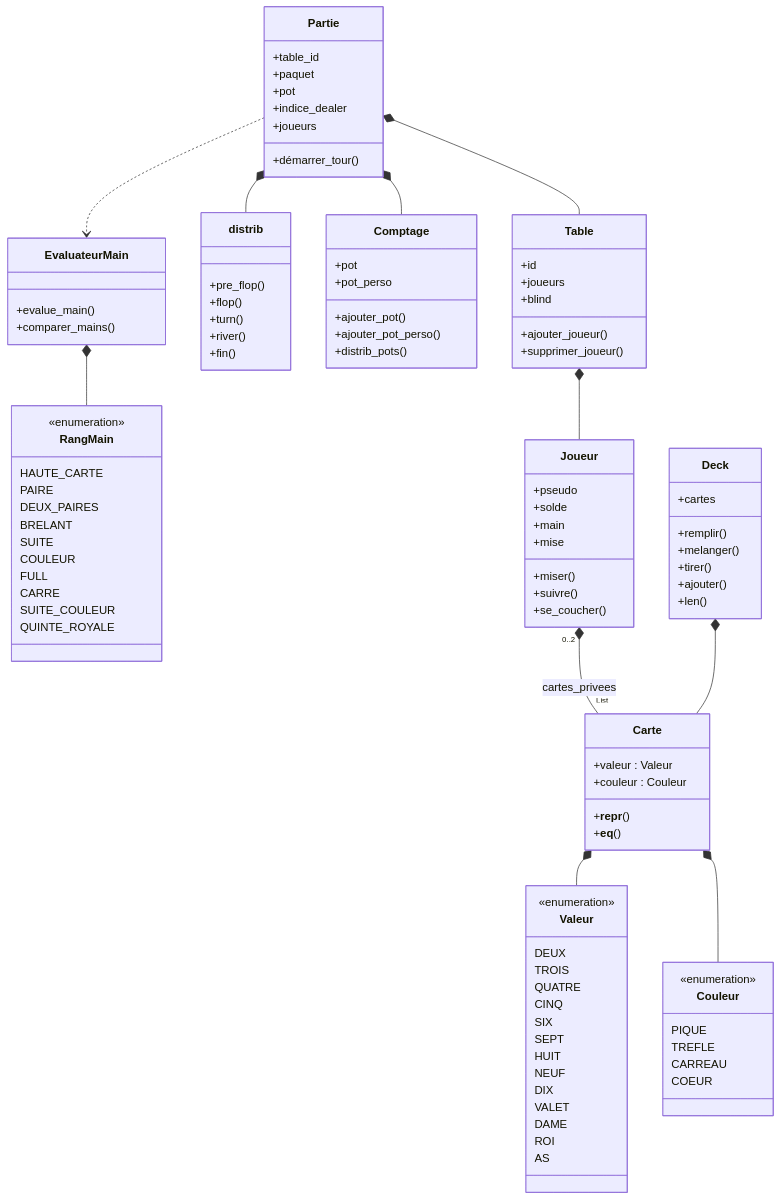
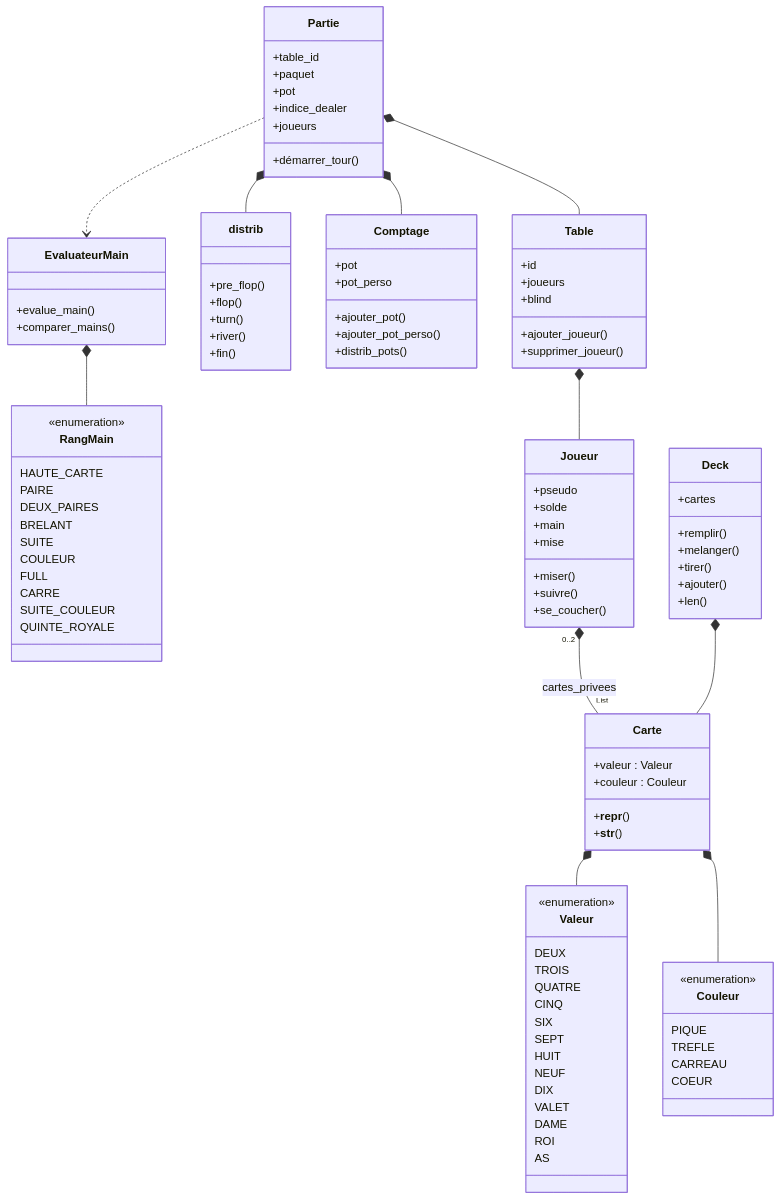
The first of 2 diagrams in doc/diag_classes.md (ArthurD19/ENSAI-2A-projet-info-groupe-9), drawn with Mermaid before and after one commit.

```diff
--- a/doc/diag_classes.md
+++ b/doc/diag_classes.md
@@ -61,7 +61,7 @@
         +valeur : Valeur
         +couleur : Couleur
         +__repr__()
-        +__eq__()
+        +__str__()
     }
 
     class Deck {
```
